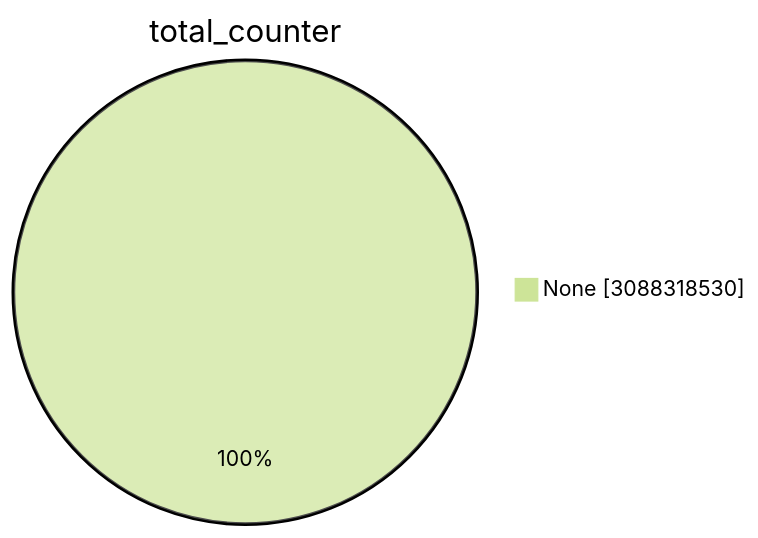
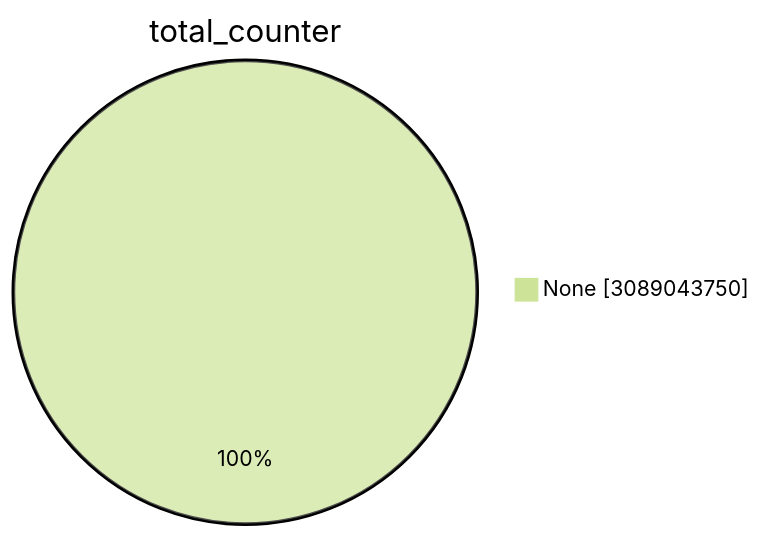
Before and after one commit to christiankrug/ctmonitor_visualization: the first of 15 diagrams in TOTAL/README.md, drawn with Mermaid (forest theme). The commit also changed other lines of this file, not shown here.

````diff
--- a/TOTAL/README.md
+++ b/TOTAL/README.md
@@ -1,5 +1,5 @@
 ```mermaid
 pie showData
 title total_counter
-"None" :3088318530
+"None" :3089043750
 ```
````
